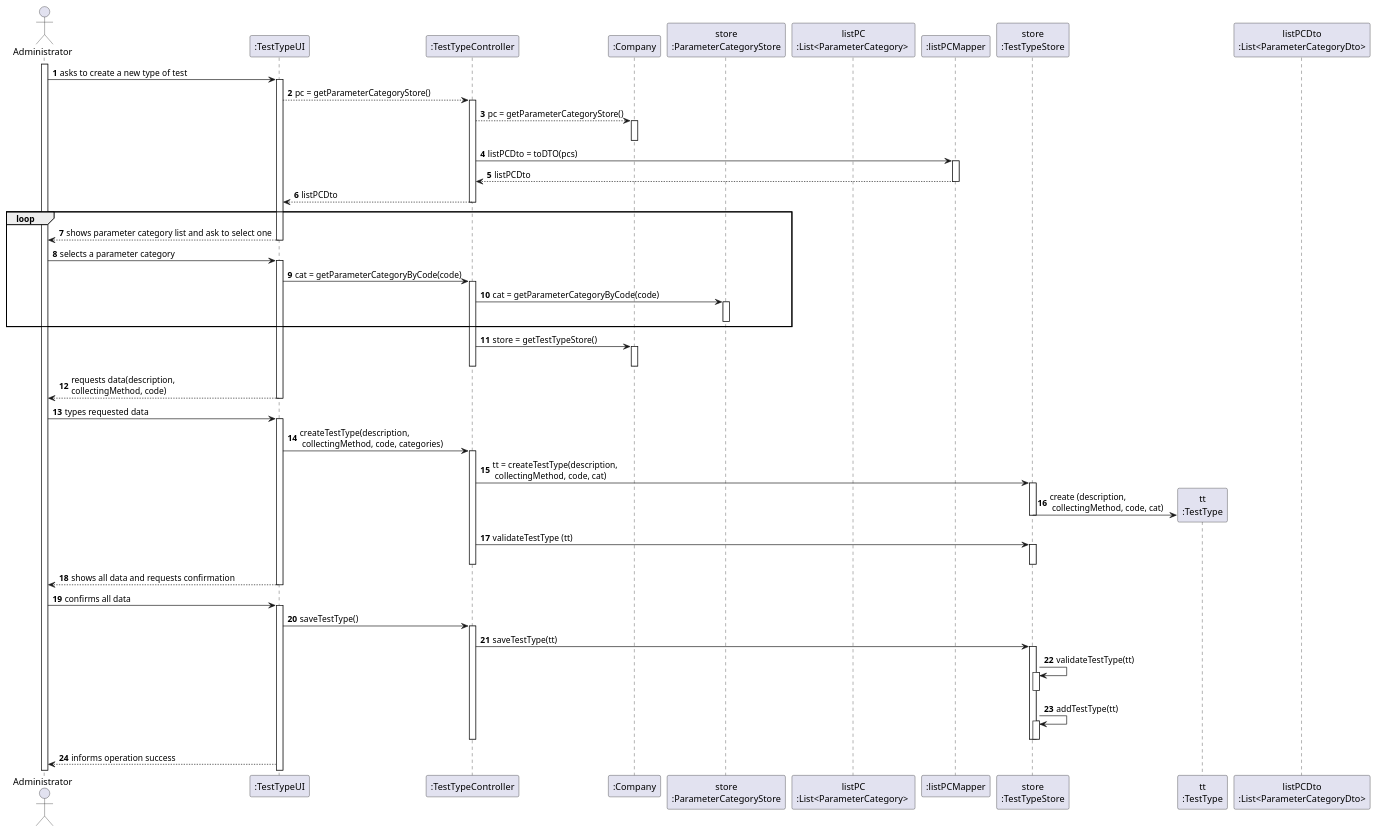
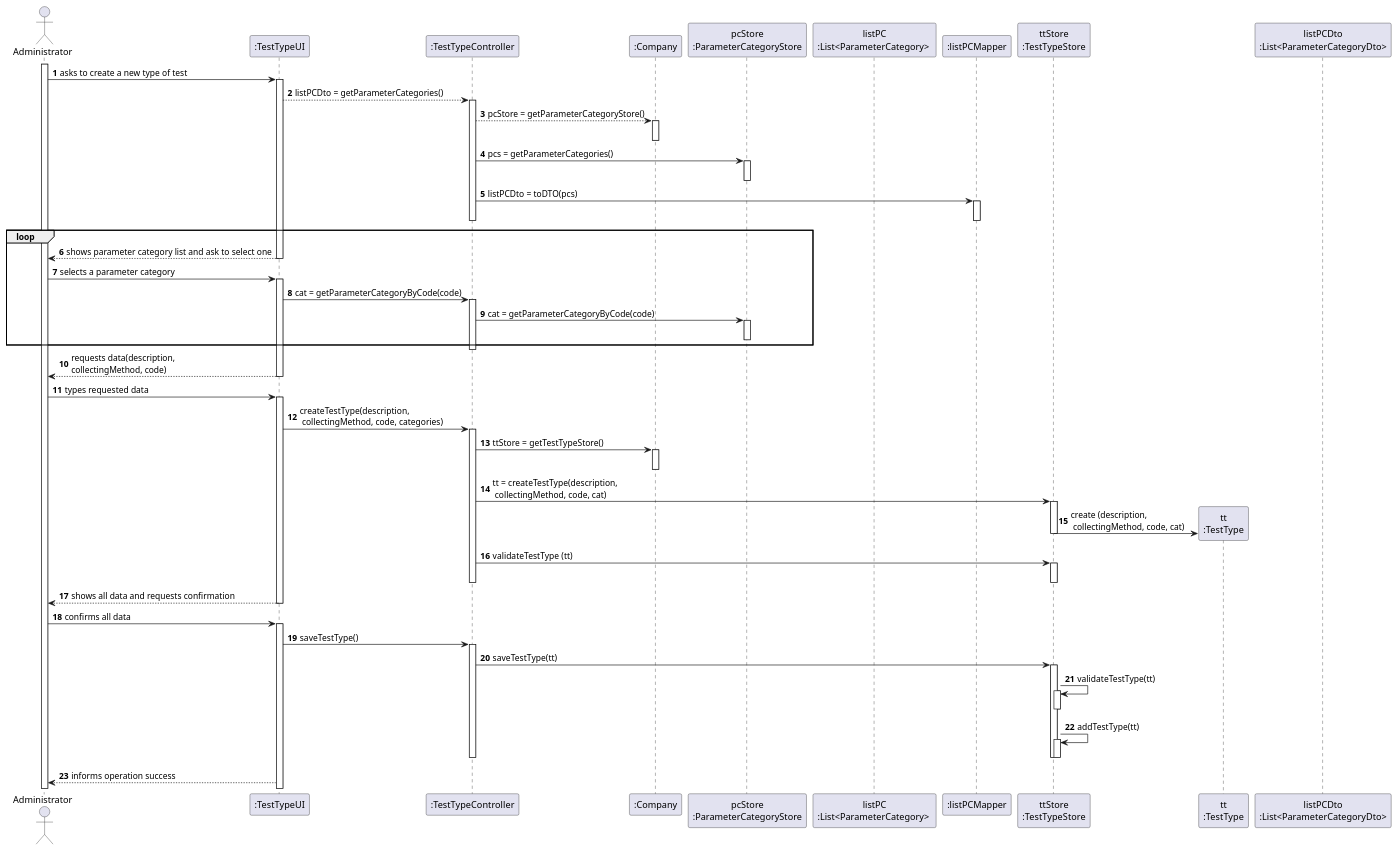
The diagram in docs/SprintC/US9_CreateTestType/SD2.puml (Pedromaia26/LAPR2-ISEP), drawn with PlantUML before and after one commit. The commit also changed 3 other files, not shown here.

```diff
--- a/docs/SprintC/US9_CreateTestType/SD2.puml
+++ b/docs/SprintC/US9_CreateTestType/SD2.puml
@@ -1,89 +1,90 @@
 @startuml
 actor Administrator as Adm
 participant ":TestTypeUI" as UI
 participant ":TestTypeController" as TTC
 participant ":Company" as ML
-participant "store\n:ParameterCategoryStore" as PCS
+participant "pcStore\n:ParameterCategoryStore" as PCS
 participant "listPC\n:List<ParameterCategory> " as LPC
 participant ":listPCMapper" as MAP
-participant "store\n:TestTypeStore" as TTS
+participant "ttStore\n:TestTypeStore" as TTS
 participant "tt\n:TestType" as TT
 participant "listPCDto\n:List<ParameterCategoryDto>" as DTO
 autonumber
 
 
 autonumber
 
 
 activate Adm
 Adm -> UI: asks to create a new type of test
 activate UI
-UI --> TTC: pc = getParameterCategoryStore()
+UI --> TTC: listPCDto = getParameterCategories()
 activate TTC
-TTC --> ML: pc = getParameterCategoryStore()
+TTC --> ML: pcStore = getParameterCategoryStore()
 activate ML
 deactivate ML
+TTC -> PCS: pcs = getParameterCategories()
+activate PCS
+deactivate PCS
 TTC -> MAP: listPCDto = toDTO(pcs)
 activate MAP
-
-MAP --> TTC: listPCDto
 deactivate MAP
-TTC --> UI: listPCDto
 deactivate TTC
 loop
 UI --> Adm: shows parameter category list and ask to select one
 deactivate ML
 deactivate UI
 
 
 Adm -> UI: selects a parameter category
 activate UI
 UI -> TTC: cat = getParameterCategoryByCode(code)
 activate TTC
 TTC -> PCS: cat = getParameterCategoryByCode(code)
 activate PCS
 deactivate PCS
 end
-TTC -> ML: store = getTestTypeStore()
-activate ML
-deactivate ML
+
 deactivate TTC
 UI --> Adm: requests data(description, \ncollectingMethod, code)
 deactivate UI
 
 
 Adm -> UI: types requested data
 activate UI
 UI -> TTC: createTestType(description, \n collectingMethod, code, categories)
 activate TTC
+TTC -> ML: ttStore = getTestTypeStore()
+activate ML
+deactivate ML
 TTC -> TTS: tt = createTestType(description, \n collectingMethod, code, cat)
 activate TTS
 TTS -> TT**: create (description, \n collectingMethod, code, cat)
 deactivate TTS
 TTC -> TTS: validateTestType (tt)
 activate TTS
 deactivate TTS
 deactivate TTC
 UI --> Adm: shows all data and requests confirmation
 deactivate UI
 
 
 Adm -> UI: confirms all data
 activate UI
 UI -> TTC: saveTestType()
 activate TTC
 TTC -> TTS: saveTestType(tt)
 activate TTS
 TTS -> TTS: validateTestType(tt)
 activate TTS
 deactivate TTS
 TTS -> TTS: addTestType(tt)
 activate TTS
 deactivate TTS
 deactivate TTC
 deactivate TTS
 UI --> Adm: informs operation success
 
 
 
 @enduml
```
